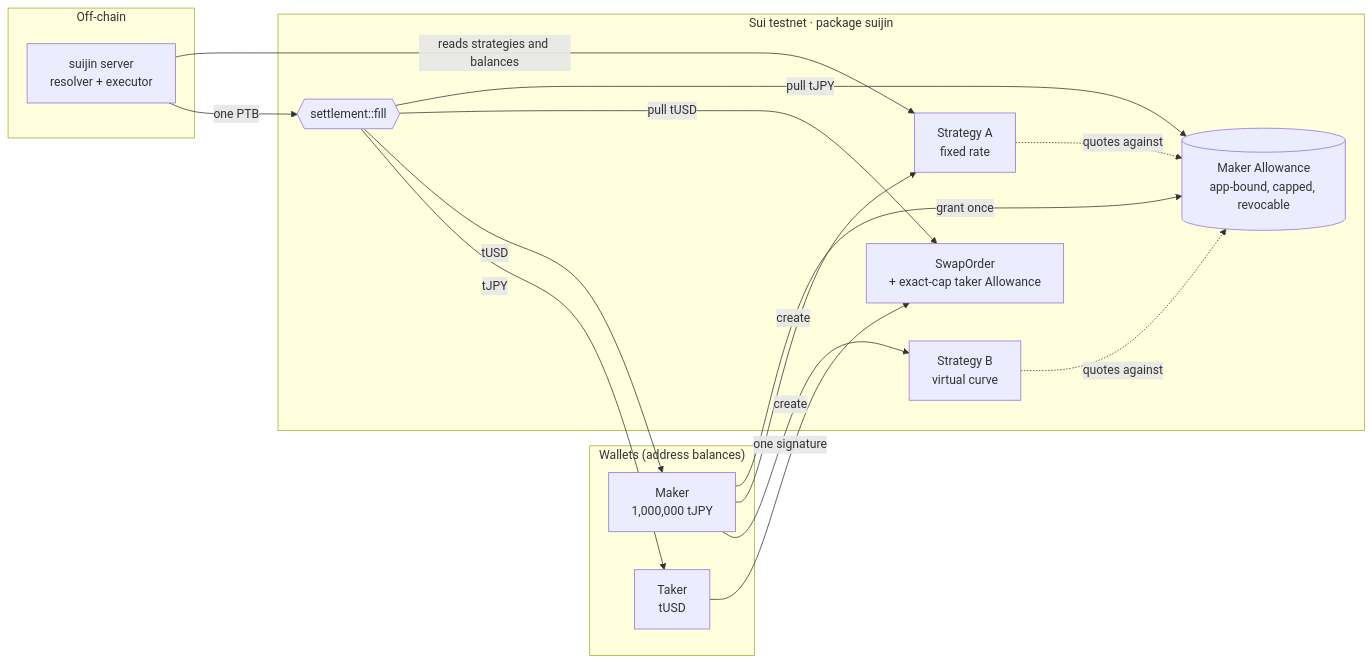
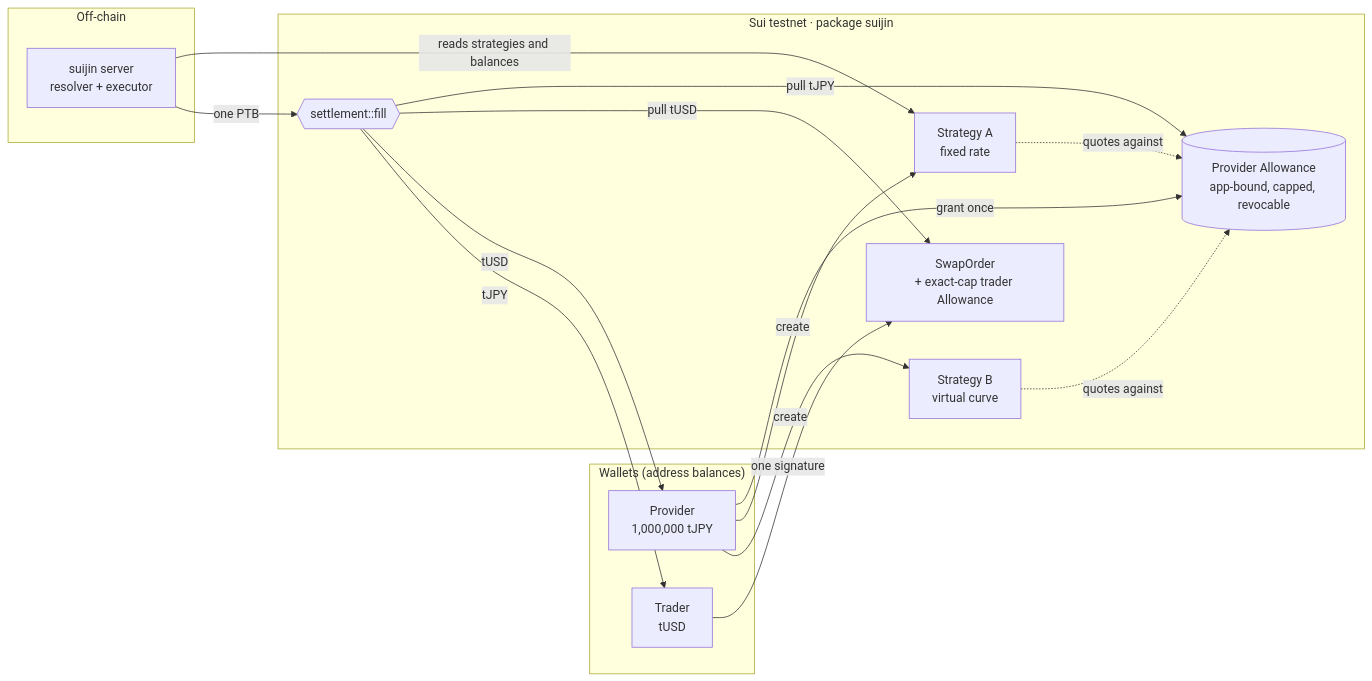
One commit to xfajarr/SUIJIN changed the first of 4 diagrams in README.md. Above: the diagram before and after it, drawn with Mermaid. The commit also changed other lines of this file and 1 other file, not shown here.

Commit message:
docs(readme): logo, provider/trader wording, broader problem statement

````diff
--- a/README.md
+++ b/README.md
@@ -26,29 +52,29 @@
 ```mermaid
 flowchart LR
     subgraph Wallets["Wallets (address balances)"]
-        M["Maker<br/>1,000,000 tJPY"]
-        T["Taker<br/>tUSD"]
+        P["Provider<br/>1,000,000 tJPY"]
+        T["Trader<br/>tUSD"]
     end
     subgraph Offchain["Off-chain"]
         S["suijin server<br/>resolver + executor"]
     end
     subgraph Sui["Sui testnet · package suijin"]
-        A[("Maker Allowance<br/>app-bound, capped, revocable")]
+        A[("Provider Allowance<br/>app-bound, capped, revocable")]
         SA["Strategy A<br/>fixed rate"]
         SB["Strategy B<br/>virtual curve"]
-        O["SwapOrder<br/>+ exact-cap taker Allowance"]
+        O["SwapOrder<br/>+ exact-cap trader Allowance"]
         F{{"settlement::fill"}}
     end
-    M -- "grant once" --> A
-    M -- "create" --> SA
-    M -- "create" --> SB
+    P -- "grant once" --> A
+    P -- "create" --> SA
+    P -- "create" --> SB
     SA -. "quotes against" .-> A
     SB -. "quotes against" .-> A
     T -- "one signature" --> O
     S -- "reads strategies and balances" --> SA
     S -- "one PTB" --> F
     F -- "pull tJPY" --> A
     F -- "pull tUSD" --> O
-    F -- "tUSD" --> M
+    F -- "tUSD" --> P
     F -- "tJPY" --> T
 ```
````
